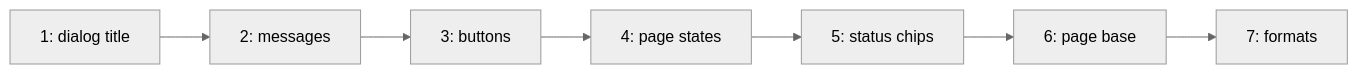
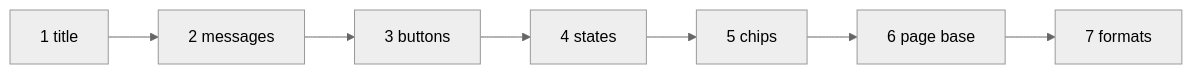
The diagram in docs/recaps/2026-11-21-screens-on-parts.md (ancJ29/credo), drawn with Mermaid (neutral theme) before and after one commit. The commit also changed other lines of this file and 4 other files, not shown here.

````diff
--- a/docs/recaps/2026-11-21-screens-on-parts.md
+++ b/docs/recaps/2026-11-21-screens-on-parts.md
@@ -5,4 +5,4 @@
 ```mermaid
 flowchart LR
-  a["1: dialog title"] --> b["2: messages"] --> c["3: buttons"] --> d["4: page states"] --> e["5: status chips"] --> f["6: page base"] --> g["7: formats"]
+  a["1 title"] --> b["2 messages"] --> c["3 buttons"] --> d["4 states"] --> e["5 chips"] --> f["6 page base"] --> g["7 formats"]
 ```
````
